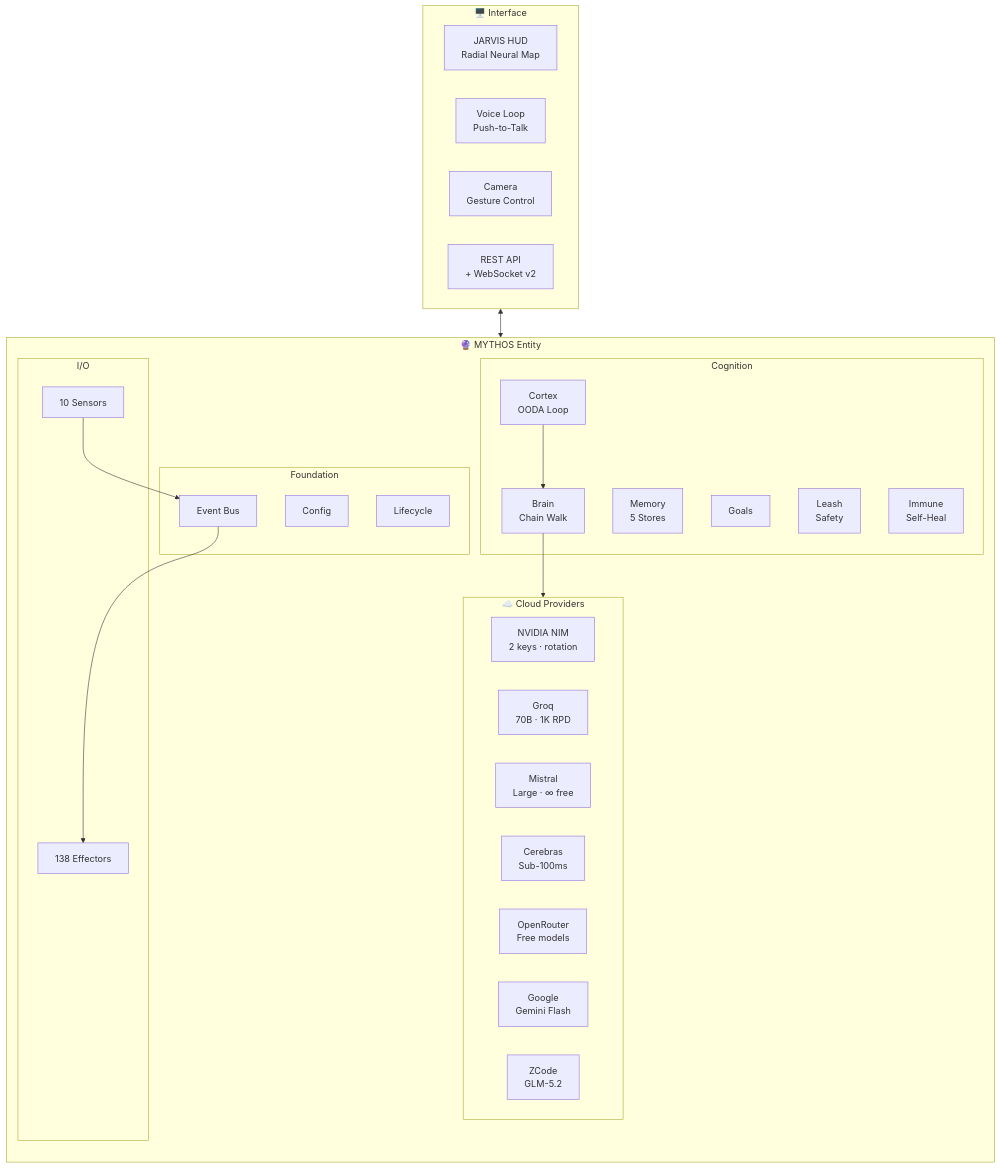
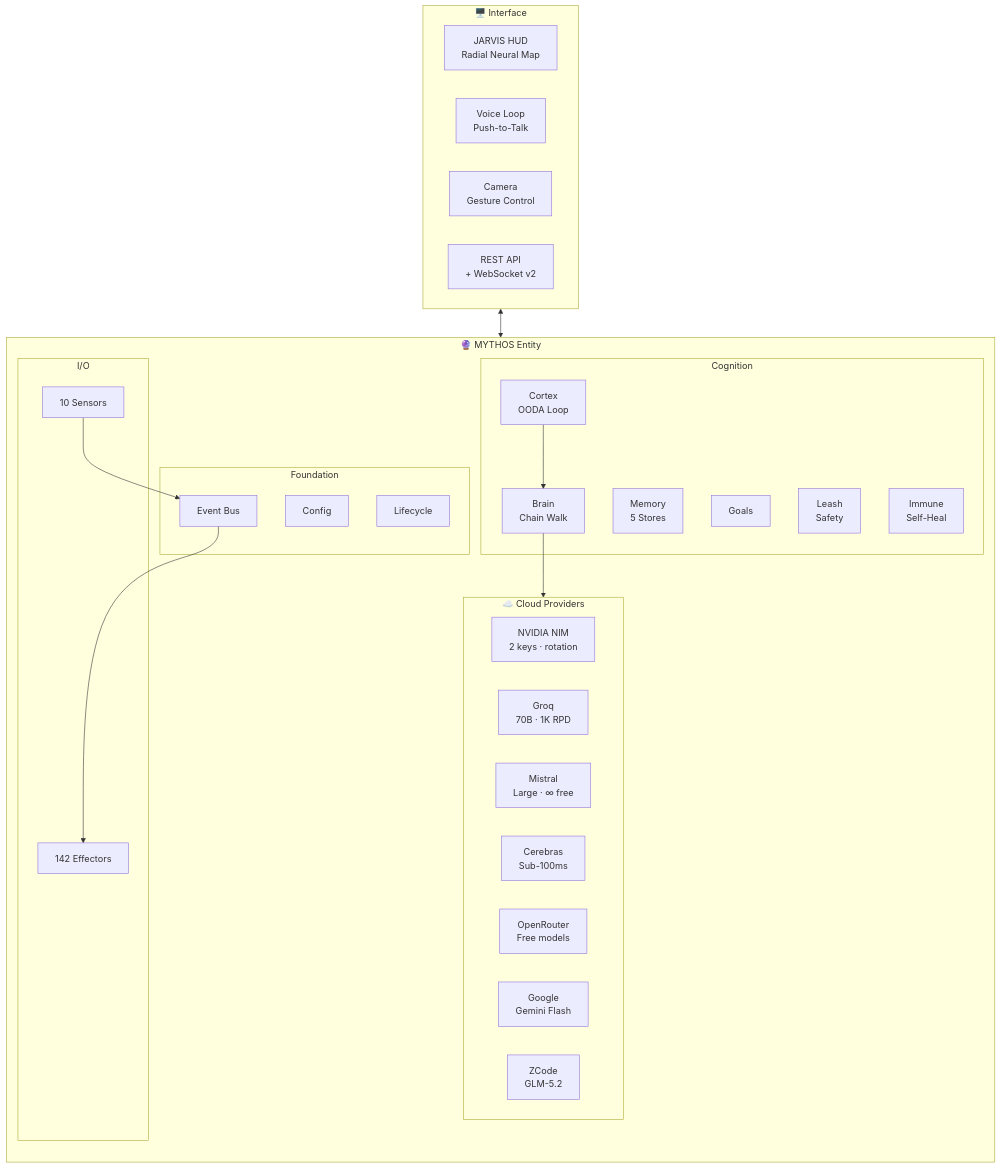
The first of 11 diagrams in README.md (HailLucifer666/Agent_OS), drawn with Mermaid before and after one commit. The commit also changed other lines of this file and 18 other files, not shown here.

````diff
--- a/README.md
+++ b/README.md
@@ -48,45 +48,45 @@
 ```mermaid
 flowchart TB
     subgraph Cloud["☁️ Cloud Providers"]
         direction LR
         NIM["NVIDIA NIM<br/>2 keys · rotation"]
         GQ["Groq<br/>70B · 1K RPD"]
         MI["Mistral<br/>Large · ∞ free"]
         CE["Cerebras<br/>Sub-100ms"]
         OR["OpenRouter<br/>Free models"]
         GOOG["Google<br/>Gemini Flash"]
         ZC["ZCode<br/>GLM-5.2"]
     end
 
     subgraph MYTHOS["🔮 MYTHOS Entity"]
         direction TB
         subgraph Foundation["Foundation"]
             CFG["Config"]
             BUS["Event Bus"]
             LIFE["Lifecycle"]
         end
         subgraph Cognition["Cognition"]
             CORT["Cortex<br/>OODA Loop"]
             BRN["Brain<br/>Chain Walk"]
             MEM["Memory<br/>5 Stores"]
             GOAL["Goals"]
             LEASH["Leash<br/>Safety"]
             IMM["Immune<br/>Self-Heal"]
         end
         subgraph IOLayer["I/O"]
             SENS["10 Sensors"]
-            EFF["138 Effectors"]
+            EFF["142 Effectors"]
         end
         CORT --> BRN --> Cloud
         SENS --> BUS --> EFF
     end
 
     subgraph Interface["🖥️ Interface"]
         HUD["JARVIS HUD<br/>Radial Neural Map"]
         VOICE["Voice Loop<br/>Push-to-Talk"]
         CAM["Camera<br/>Gesture Control"]
         API["REST API<br/>+ WebSocket v2"]
     end
 
     Interface <--> MYTHOS
 ```
````
